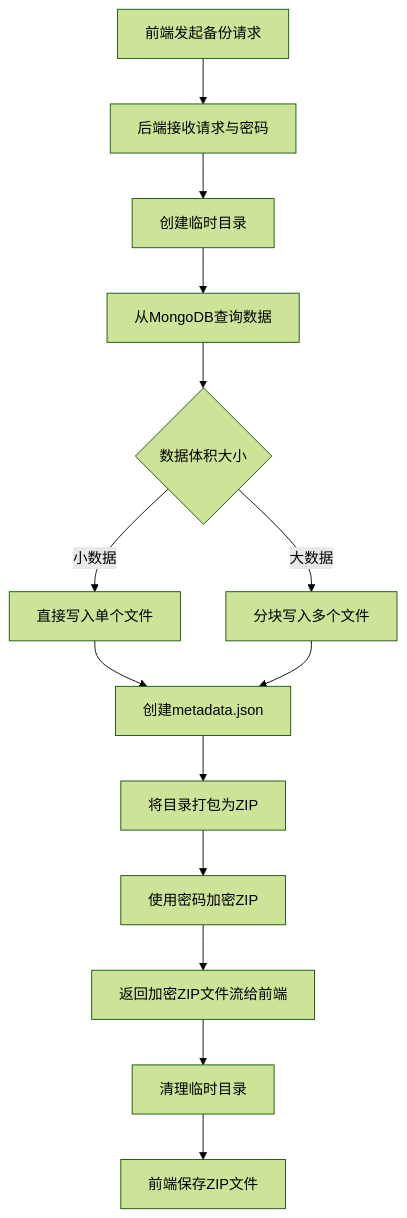
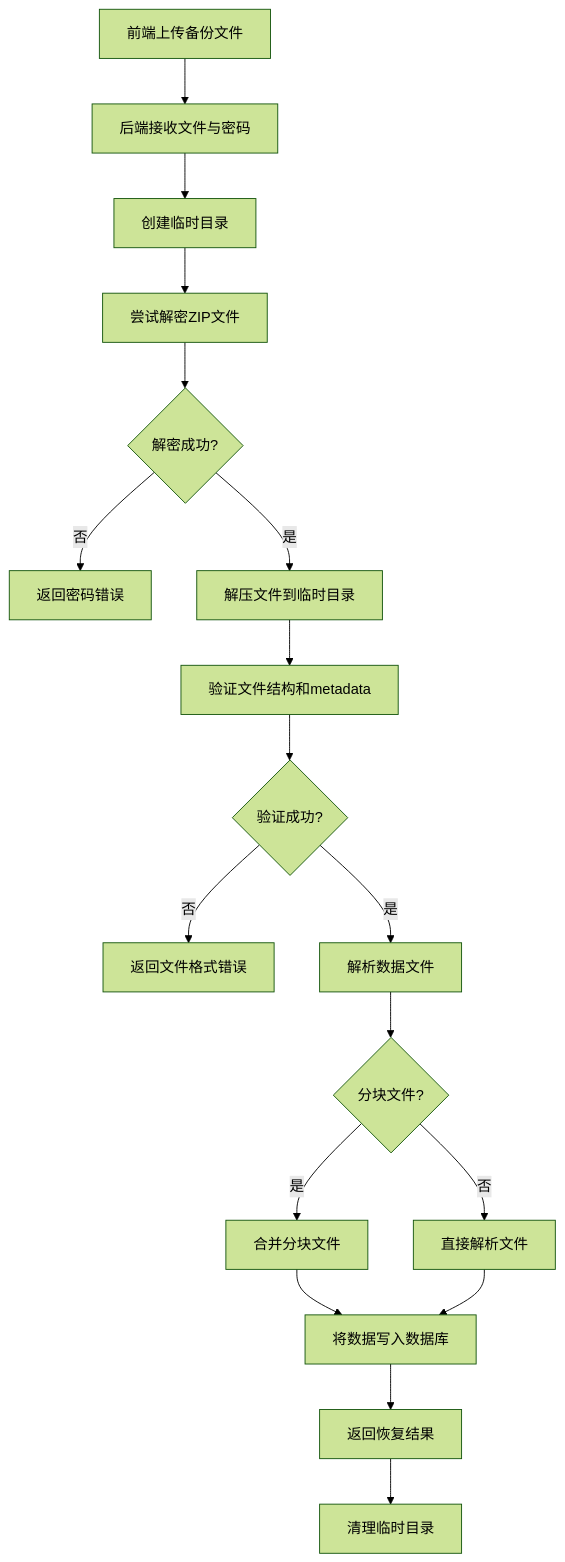
One commit to yingjianzh/iodraw-files changed the diagram in all/未命名-61.md. Above: the diagram before and after it, drawn with Mermaid (forest theme).

Commit message:
2025-05-15 16:19:19 update

````diff
--- a/all/未命名-61.md
+++ b/all/未命名-61.md
@@ -1,16 +1,20 @@
 ```mermaid
 flowchart TD
-    A[前端发起备份请求] --> B[后端接收请求与密码]
+    A[前端上传备份文件] --> B[后端接收文件与密码]
     B --> C[创建临时目录]
-    C --> D[从MongoDB查询数据]
-    D --> E{数据体积大小}
-    E -->|小数据| F[直接写入单个文件]
-    E -->|大数据| G[分块写入多个文件]
-    F --> H[创建metadata.json]
-    G --> H
-    H --> I[将目录打包为ZIP]
-    I --> J[使用密码加密ZIP]
-    J --> K[返回加密ZIP文件流给前端]
-    K --> L[清理临时目录]
-    L --> M[前端保存ZIP文件]
+    C --> D[尝试解密ZIP文件]
+    D --> E{解密成功?}
+    E -->|否| F[返回密码错误]
+    E -->|是| G[解压文件到临时目录]
+    G --> H[验证文件结构和metadata]
+    H --> I{验证成功?}
+    I -->|否| J[返回文件格式错误]
+    I -->|是| K[解析数据文件]
+    K --> L{分块文件?}
+    L -->|是| M[合并分块文件]
+    L -->|否| N[直接解析文件]
+    M --> O[将数据写入数据库]
+    N --> O
+    O --> P[返回恢复结果]
+    P --> Q[清理临时目录]
 ```
````
